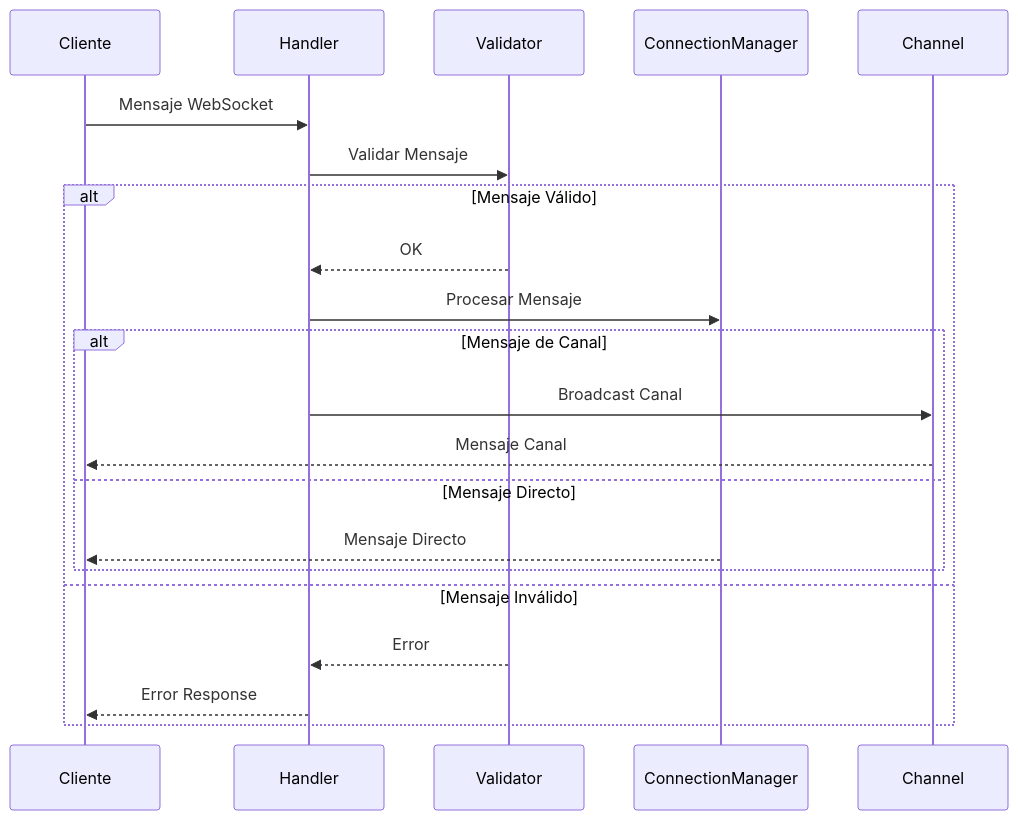
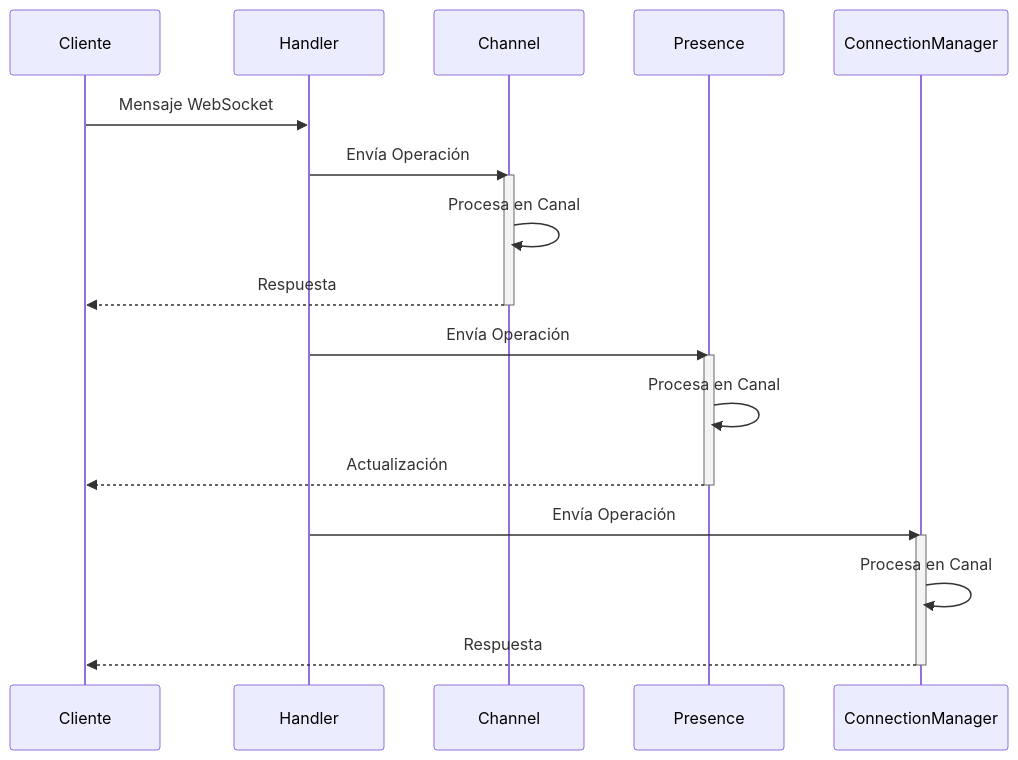
One commit to Hauyna/hauyna-web-socket changed the second of 3 diagrams in README.md. Above: the diagram before and after it, drawn with Mermaid. The commit also changed other lines of this file and 4 other files, not shown here.

````diff
--- a/README.md
+++ b/README.md
@@ -122,24 +152,27 @@
 ```mermaid
 sequenceDiagram
     participant C as Cliente
     participant H as Handler
-    participant V as Validator
+    participant Ch as Channel
+    participant P as Presence
     participant CM as ConnectionManager
-    participant CH as Channel
     
     C->>H: Mensaje WebSocket
-    H->>V: Validar Mensaje
-    alt Mensaje Válido
-        V-->>H: OK
-        H->>CM: Procesar Mensaje
-        alt Mensaje de Canal
-            H->>CH: Broadcast Canal
-            CH-->>C: Mensaje Canal
-        else Mensaje Directo
-            CM-->>C: Mensaje Directo
-        end
-    else Mensaje Inválido
-        V-->>H: Error
-        H-->>C: Error Response
-    end
+    H->>Ch: Envía Operación
+    activate Ch
+    Ch->>Ch: Procesa en Canal
+    Ch-->>C: Respuesta
+    deactivate Ch
+    
+    H->>P: Envía Operación
+    activate P
+    P->>P: Procesa en Canal
+    P-->>C: Actualización
+    deactivate P
+    
+    H->>CM: Envía Operación
+    activate CM
+    CM->>CM: Procesa en Canal
+    CM-->>C: Respuesta
+    deactivate CM
 ```
````
